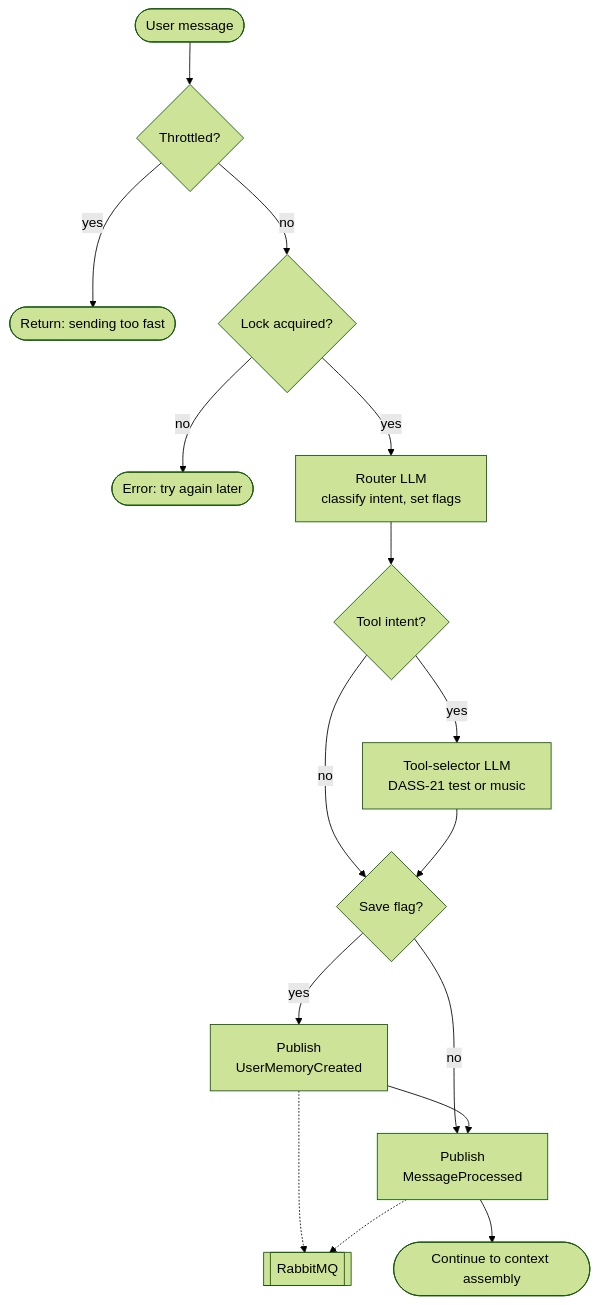
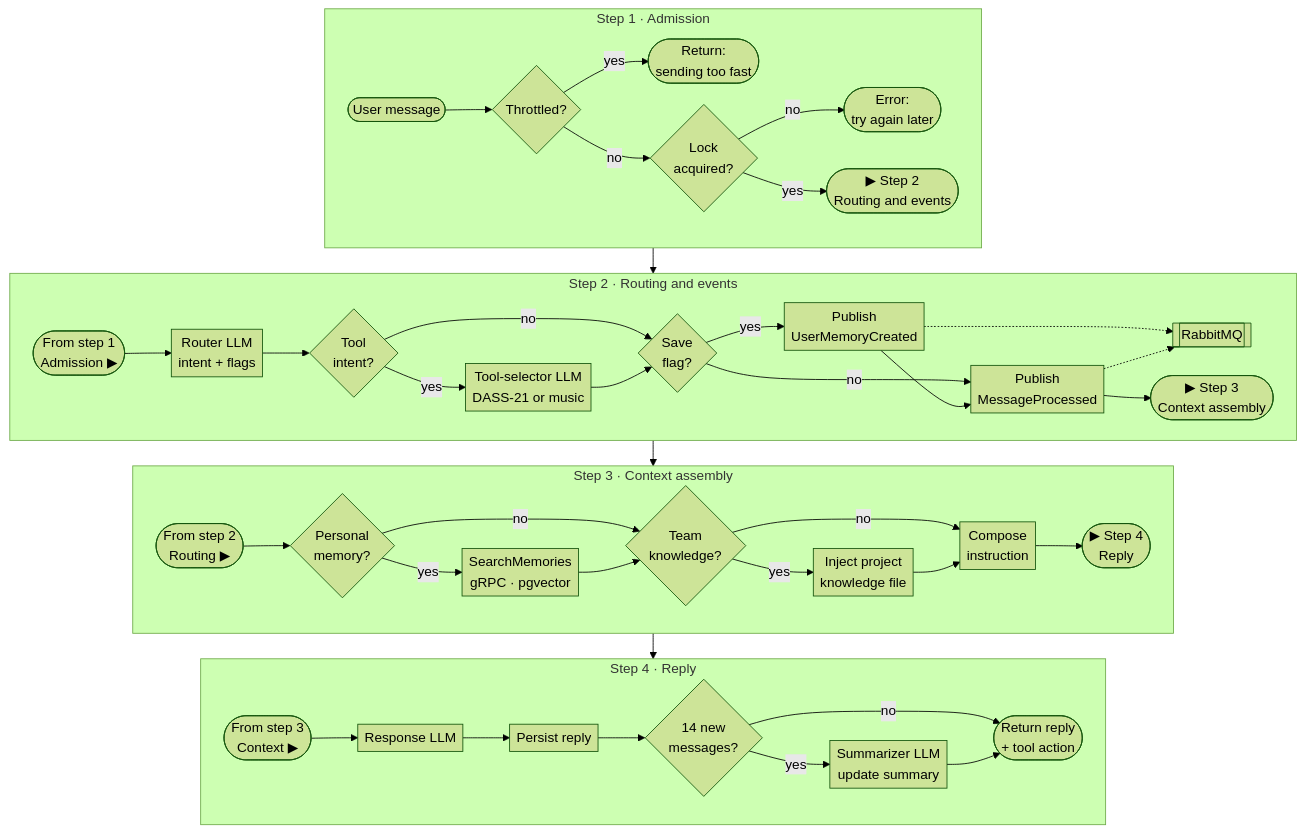
One commit to anht04/psychology-support-microservices changed the fourth of 6 diagrams in README.md. Above: the diagram before and after it, drawn with Mermaid (forest theme). The commit also changed other lines of this file, not shown here.

First line of the commit message:
Revise flowcharts for admission and routing steps

````diff
--- a/README.md
+++ b/README.md
@@ -219,18 +217,51 @@
 ```mermaid
-flowchart TD
-    start(["User message"]) --> dup{"Throttled?"}
-    dup -->|yes| slow(["Return: sending too fast"])
-    dup -->|no| lock{"Lock acquired?"}
-    lock -->|no| busy(["Error: try again later"])
-    lock -->|yes| router["Router LLM<br/>classify intent, set flags"]
-    router --> isTool{"Tool intent?"}
-    isTool -->|yes| tool["Tool-selector LLM<br/>DASS-21 test or music"]
-    isTool -->|no| save
-    tool --> save{"Save flag?"}
-    save -->|yes| pubMem["Publish<br/>UserMemoryCreated"]
-    save -->|no| pubProc
-    pubMem --> pubProc["Publish<br/>MessageProcessed"]
-    pubMem -.-> mq[["RabbitMQ"]]
-    pubProc -.-> mq
-    pubProc --> next(["Continue to context assembly"])
+%%{init: {"flowchart": {"padding": 4, "rankSpacing": 30, "nodeSpacing": 25}}}%%
+flowchart TB
+    subgraph admission["Step 1 · Admission"]
+        direction LR
+        start(["User message"]) --> dup{"Throttled?"}
+        dup -->|yes| slow(["Return:<br/>sending too fast"])
+        dup -->|no| lock{"Lock<br/>acquired?"}
+        lock -->|no| busy(["Error:<br/>try again later"])
+        lock -->|yes| outA(["▶ Step 2<br/>Routing and events"])
+    end
+
+    subgraph routing["Step 2 · Routing and events"]
+        direction LR
+        inA(["From step 1<br/>Admission ▶"]) --> router["Router LLM<br/>intent + flags"]
+        router --> isTool{"Tool<br/>intent?"}
+        isTool -->|yes| tool["Tool-selector LLM<br/>DASS-21 or music"]
+        isTool -->|no| save{"Save<br/>flag?"}
+        tool --> save
+        save -->|yes| pubMem["Publish<br/>UserMemoryCreated"]
+        save -->|no| pubProc["Publish<br/>MessageProcessed"]
+        pubMem --> pubProc
+        pubMem -.-> mq[["RabbitMQ"]]
+        pubProc -.-> mq
+        pubProc --> outB(["▶ Step 3<br/>Context assembly"])
+    end
+
+    subgraph context["Step 3 · Context assembly"]
+        direction LR
+        inB(["From step 2<br/>Routing ▶"]) --> needMem{"Personal<br/>memory?"}
+        needMem -->|yes| rag["SearchMemories<br/>gRPC · pgvector"]
+        needMem -->|no| needKb{"Team<br/>knowledge?"}
+        rag --> needKb
+        needKb -->|yes| kb["Inject project<br/>knowledge file"]
+        needKb -->|no| compose["Compose<br/>instruction"]
+        kb --> compose
+        compose --> outC(["▶ Step 4<br/>Reply"])
+    end
+
+    subgraph answer["Step 4 · Reply"]
+        direction LR
+        inC(["From step 3<br/>Context ▶"]) --> reply["Response LLM"]
+        reply --> persist["Persist reply"]
+        persist --> needSum{"14 new<br/>messages?"}
+        needSum -->|yes| summarize["Summarizer LLM<br/>update summary"]
+        needSum -->|no| done(["Return reply<br/>+ tool action"])
+        summarize --> done
+    end
+
+    admission --> routing --> context --> answer
 ```
````
